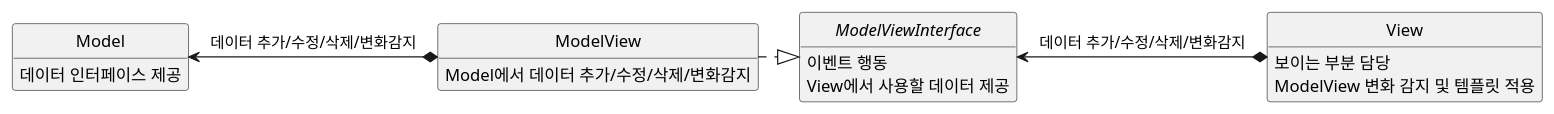
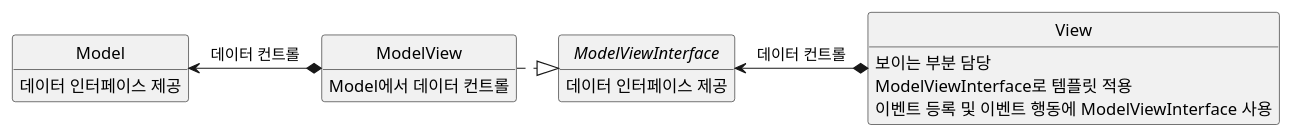
Before and after one commit to vomvoru/vomvoru.github.io: the fourth of 5 diagrams in _posts/blog/2017-06-19-mvc-mvp-mvvm.md, drawn with PlantUML. The commit also changed other lines of this file, not shown here.

````diff
--- a/_posts/blog/2017-06-19-mvc-mvp-mvvm.md
+++ b/_posts/blog/2017-06-19-mvc-mvp-mvvm.md
@@ -137,27 +139,27 @@
 ```plantuml
 class Model {
     데이터 인터페이스 제공
 }
 
 class View {
     보이는 부분 담당
-    ModelView 변화 감지 및 템플릿 적용
+    ModelViewInterface로 템플릿 적용
+    이벤트 등록 및 이벤트 행동에 ModelViewInterface 사용
 }
 
 Interface ModelViewInterface {
-    이벤트 행동
-    View에서 사용할 데이터 제공
+    데이터 인터페이스 제공
 }
 
 class ModelView{
-    Model에서 데이터 추가/수정/삭제/변화감지
+    Model에서 데이터 컨트롤
 }
 
 ModelView .right.|> ModelViewInterface
-ModelView *-left-> Model : 데이터 추가/수정/삭제/변화감지
-View *-left-> ModelViewInterface : 데이터 추가/수정/삭제/변화감지
+ModelView *-left-> Model : 데이터 컨트롤
+View *-left-> ModelViewInterface : 데이터 컨트롤
 
 hide empty fields
 hide empty methods
 hide circle
 ```
````
